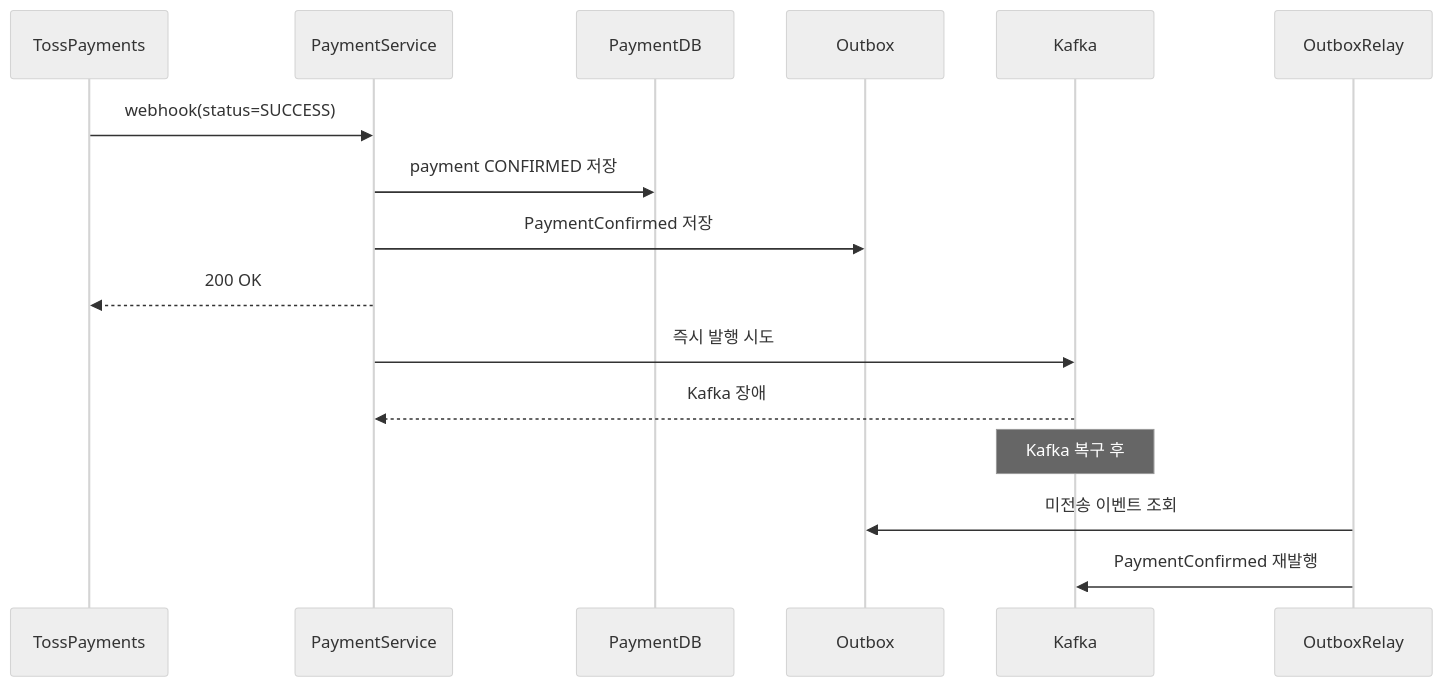
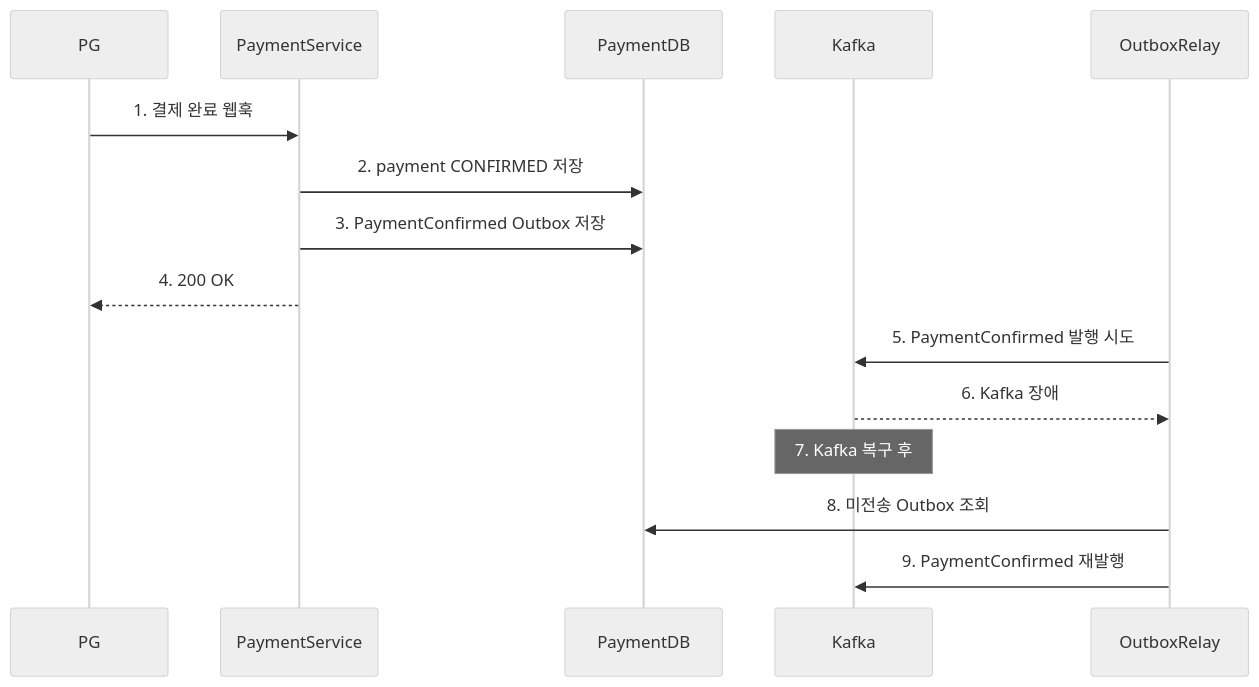
The eighth of 11 diagrams in README.md (Hwasowl/ecommerce), drawn with Mermaid (neutral theme) before and after one commit. The commit also changed other lines of this file, not shown here.

````diff
--- a/README.md
+++ b/README.md
@@ -324,21 +310,20 @@
 ```mermaid
 sequenceDiagram
-    participant TossPayments
+    participant PG
     participant PaymentService
     participant PaymentDB
-    participant Outbox
     participant Kafka
     participant OutboxRelay
 
-    TossPayments->>PaymentService: webhook(status=SUCCESS)
-    PaymentService->>PaymentDB: payment CONFIRMED 저장
-    PaymentService->>Outbox: PaymentConfirmed 저장
-    PaymentService-->>TossPayments: 200 OK
+    PG->>PaymentService: 1. 결제 완료 웹훅
+    PaymentService->>PaymentDB: 2. payment CONFIRMED 저장
+    PaymentService->>PaymentDB: 3. PaymentConfirmed Outbox 저장
+    PaymentService-->>PG: 4. 200 OK
 
-    PaymentService->>Kafka: 즉시 발행 시도
-    Kafka-->>PaymentService: Kafka 장애
+    OutboxRelay->>Kafka: 5. PaymentConfirmed 발행 시도
+    Kafka-->>OutboxRelay: 6. Kafka 장애
 
-    Note over Kafka: Kafka 복구 후
-    OutboxRelay->>Outbox: 미전송 이벤트 조회
-    OutboxRelay->>Kafka: PaymentConfirmed 재발행
+    Note over Kafka: 7. Kafka 복구 후
+    OutboxRelay->>PaymentDB: 8. 미전송 Outbox 조회
+    OutboxRelay->>Kafka: 9. PaymentConfirmed 재발행
 ```
````
